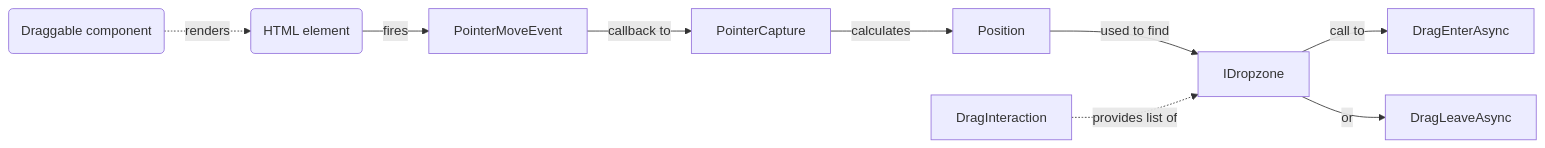
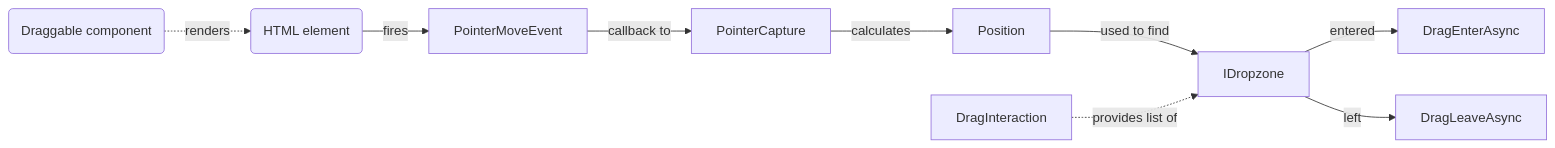
One commit to vicione-oss/vicione-ui-libs-blazor-components changed the third of 6 diagrams in src/ViciOne.Ui.Blazor.Components/Draggable/README.md. Above: the diagram before and after it, drawn with Mermaid. The commit also changed other lines of this file and 77 other files, not shown here.

````diff
--- a/src/ViciOne.Ui.Blazor.Components/Draggable/README.md
+++ b/src/ViciOne.Ui.Blazor.Components/Draggable/README.md
@@ -34,13 +54,13 @@
 ```mermaid
 flowchart LR
     DraggableComponent("Draggable component")-. renders .->HTMLElement("HTML element")
 
     HTMLElement-- fires -->PointerMoveEvent
     PointerMoveEvent-- callback to -->PointerCapture
     PointerCapture-- calculates -->Position
     Position-- used to find -->IDropzone
-    IDropzone-- call to -->DragEnterAsync
-    IDropzone-- or -->DragLeaveAsync
+    IDropzone-- entered -->DragEnterAsync
+    IDropzone-- left -->DragLeaveAsync
 
     DragInteraction-. provides list of .->IDropzone
 ```
````
